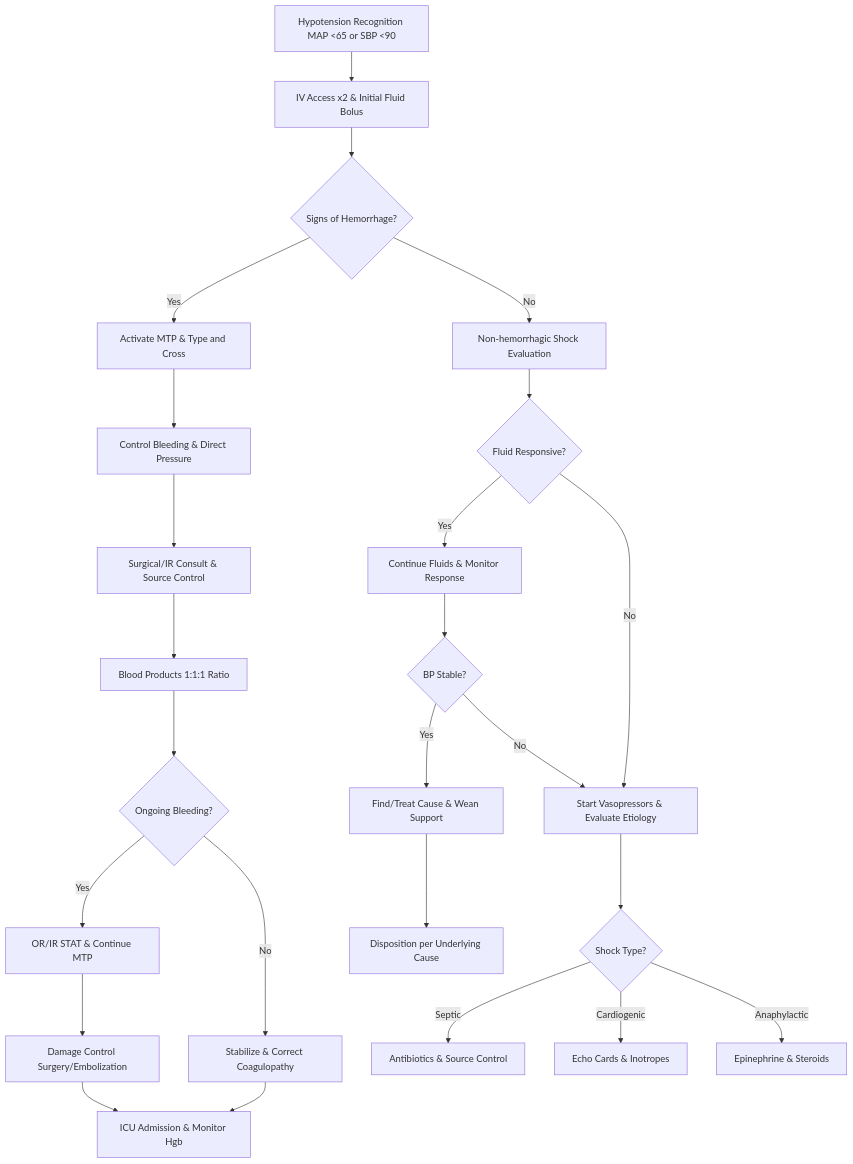
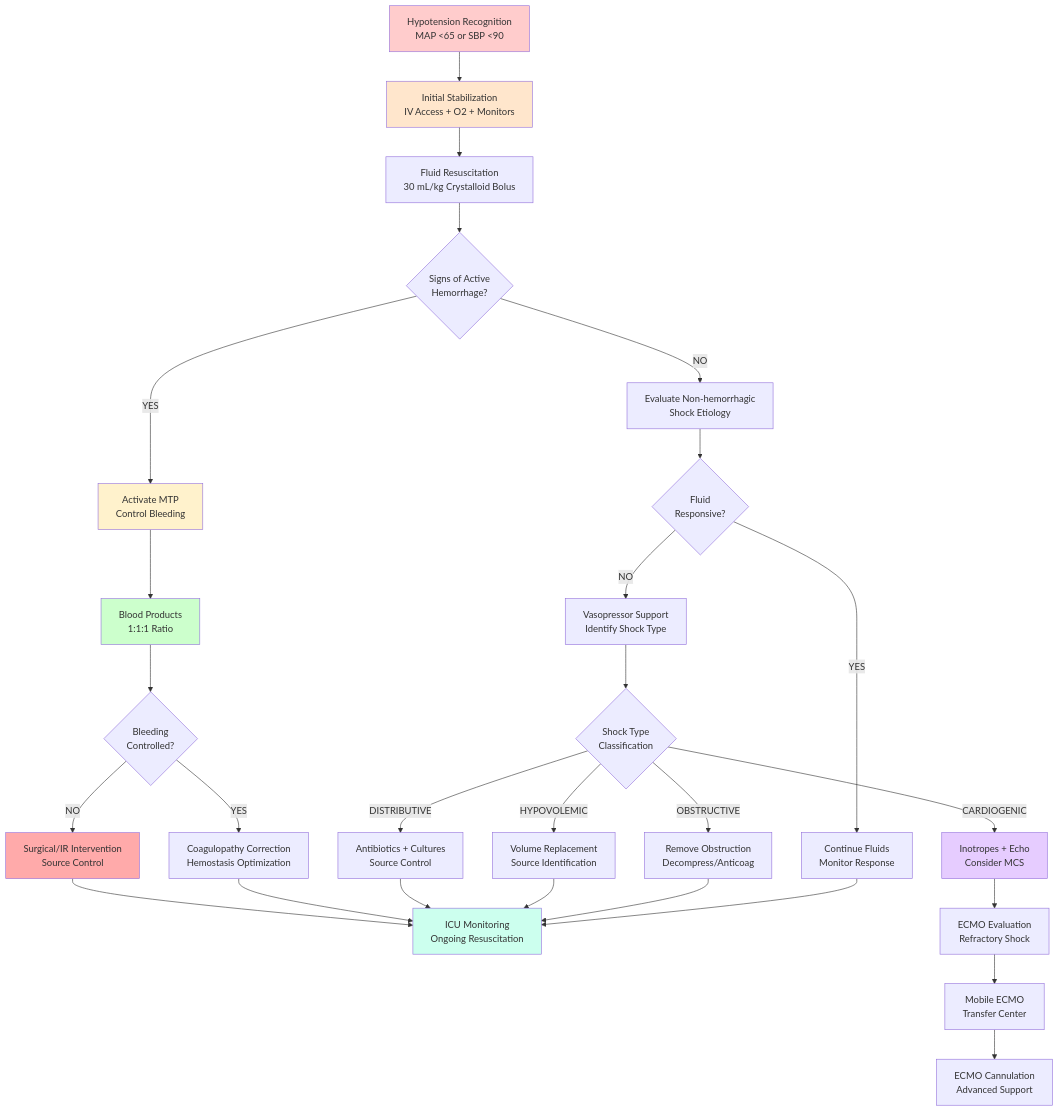
One commit to bhavenmurji/RapidResponseCentral changed the diagram in Assets/RapidResponseCentralDocumentationVault/Protocols/RRTs/Hypotension.md. Above: the diagram before and after it, drawn with Mermaid. The commit also changed other lines of this file and 6438 other files, not shown here.

````diff
--- a/Assets/RapidResponseCentralDocumentationVault/Protocols/RRTs/Hypotension.md
+++ b/Assets/RapidResponseCentralDocumentationVault/Protocols/RRTs/Hypotension.md
@@ -118,51 +11,47 @@
-```mermaid
+~~~mermaid
 graph TD
-    A[Hypotension Recognition MAP <65 or SBP <90]
-    B[IV Access x2 & Initial Fluid Bolus]
-    C{Signs of Hemorrhage?}
-    D[Activate MTP & Type and Cross]
-    E[Non-hemorrhagic Shock Evaluation]
-    F[Control Bleeding & Direct Pressure]
-    G{Fluid Responsive?}
-    H[Surgical/IR Consult & Source Control]
-    I[Continue Fluids & Monitor Response]
-    J[Start Vasopressors & Evaluate Etiology]
-    K[Blood Products 1:1:1 Ratio]
-    L{Ongoing Bleeding?}
-    M[OR/IR STAT & Continue MTP]
-    N[Stabilize & Correct Coagulopathy]
-    O{BP Stable?}
-    P[Find/Treat Cause & Wean Support]
-    Q{Shock Type?}
-    R[Antibiotics & Source Control]
-    S[Echo Cards & Inotropes]
-    T[Epinephrine & Steroids]
-    U[Damage Control Surgery/Embolization]
-    V[ICU Admission & Monitor Hgb]
-    W[Disposition per Underlying Cause]
-
-    A --> B
-    B --> C
-    C -- Yes --> D
-    C -- No --> E
-    D --> F
-    E --> G
-    F --> H
-    G -- Yes --> I
-    G -- No --> J
-    H --> K
-    I --> O
-    J --> Q
-    K --> L
-    L -- Yes --> M
-    L -- No --> N
-    O -- Yes --> P
-    O -- No --> J
-    Q -- Septic --> R
-    Q -- Cardiogenic --> S
-    Q -- Anaphylactic --> T
-    M --> U
-    N --> V
-    U --> V
-    P --> W
-```
+    A["Hypotension Recognition<br/>MAP <65 or SBP <90"] --> B["Initial Stabilization<br/>IV Access + O2 + Monitors"]
+    
+    B --> C["Fluid Resuscitation<br/>30 mL/kg Crystalloid Bolus"]
+    
+    C --> D{"Signs of Active<br/>Hemorrhage?"}
+    
+    D -->|YES| E["Activate MTP<br/>Control Bleeding"]
+    D -->|NO| F["Evaluate Non-hemorrhagic<br/>Shock Etiology"]
+    
+    E --> G["Blood Products<br/>1:1:1 Ratio"]
+    F --> H{"Fluid<br/>Responsive?"}
+    
+    G --> I{"Bleeding<br/>Controlled?"}
+    H -->|YES| J["Continue Fluids<br/>Monitor Response"]
+    H -->|NO| K["Vasopressor Support<br/>Identify Shock Type"]
+    
+    I -->|NO| L["Surgical/IR Intervention<br/>Source Control"]
+    I -->|YES| M["Coagulopathy Correction<br/>Hemostasis Optimization"]
+    
+    K --> N{"Shock Type<br/>Classification"}
+    
+    N -->|DISTRIBUTIVE| O["Antibiotics + Cultures<br/>Source Control"]
+    N -->|CARDIOGENIC| P["Inotropes + Echo<br/>Consider MCS"]
+    N -->|HYPOVOLEMIC| Q["Volume Replacement<br/>Source Identification"]
+    N -->|OBSTRUCTIVE| R["Remove Obstruction<br/>Decompress/Anticoag"]
+    
+    L --> S["ICU Monitoring<br/>Ongoing Resuscitation"]
+    M --> S
+    O --> S
+    P --> T["ECMO Evaluation<br/>Refractory Shock"]
+    Q --> S
+    R --> S
+    J --> S
+    
+    T --> U["Mobile ECMO<br/>Transfer Center"]
+    U --> V["ECMO Cannulation<br/>Advanced Support"]
+    
+    style A fill:#ffcccc
+    style B fill:#ffe6cc
+    style E fill:#fff2cc
+    style G fill:#ccffcc
+    style L fill:#ffaaaa
+    style P fill:#e6ccff
+    style S fill:#ccffee
+~~~
````
